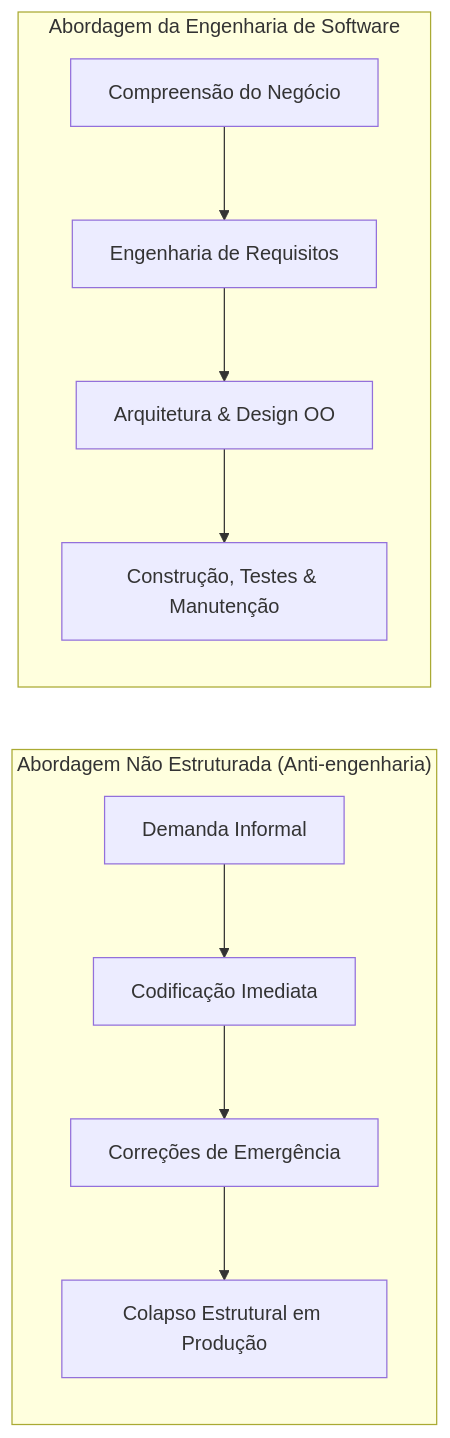
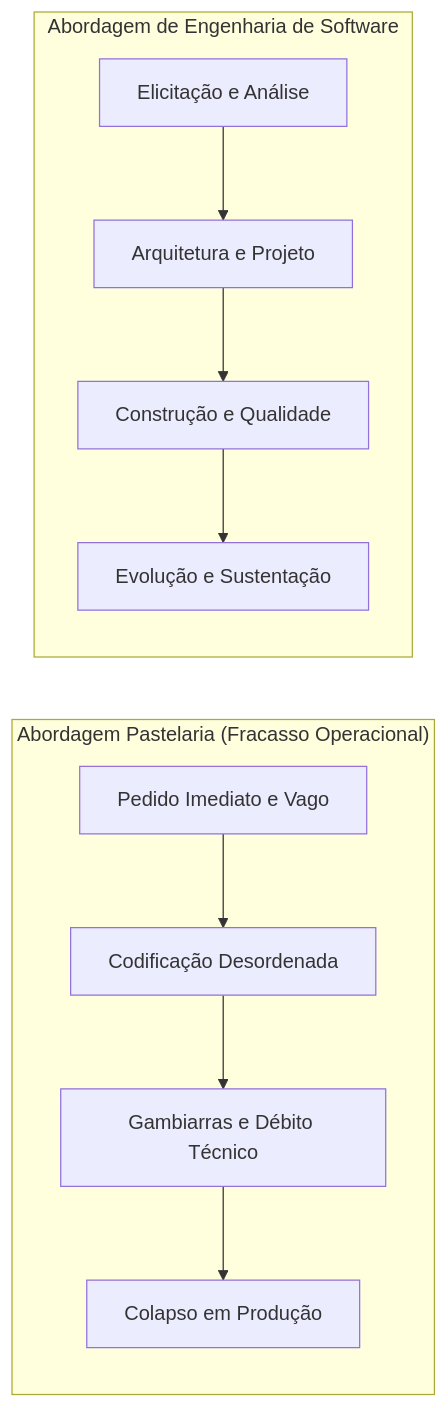
One commit to murilolol/unifef changed the first of 24 diagrams in 4º Semestre/[Prof. Wesley Soares] Engenharia de Software II/Resumos-IA/Simulados-Comentados.md. Above: the diagram before and after it, drawn with Mermaid. The commit also changed other lines of this file and 10 other files, not shown here.

````diff
--- a/4º Semestre/[Prof. Wesley Soares] Engenharia de Software II/Resumos-IA/Simulados-Comentados.md
+++ b/4º Semestre/[Prof. Wesley Soares] Engenharia de Software II/Resumos-IA/Simulados-Comentados.md
@@ -39,16 +97,16 @@
 ```mermaid
 flowchart LR
- subgraph ParadigmaPastelaria["Abordagem Não Estruturada (Anti-engenharia)"]
- direction TB
- P1["Demanda Informal"] --> P2["Codificação Imediata"]
- P2 --> P3["Correções de Emergência"]
- P3 --> P4["Colapso Estrutural em Produção"]
- end
+    subgraph Falha["Abordagem Pastelaria (Fracasso Operacional)"]
+        direction TB
+        F1["Pedido Imediato e Vago"] --> F2["Codificação Desordenada"]
+        F2 --> F3["Gambiarras e Débito Técnico"]
+        F3 --> F4["Colapso em Produção"]
+    end
 
- subgraph ParadigmaEngenharia["Abordagem da Engenharia de Software"]
- direction TB
- E1["Compreensão do Negócio"] --> E2["Engenharia de Requisitos"]
- E2 --> E3["Arquitetura & Design OO"]
- E3 --> E4["Construção, Testes & Manutenção"]
- end
+    subgraph Engenharia["Abordagem de Engenharia de Software"]
+        direction TB
+        E1["Elicitação e Análise"] --> E2["Arquitetura e Projeto"]
+        E2 --> E3["Construção e Qualidade"]
+        E3 --> E4["Evolução e Sustentação"]
+    end
 ```
````
